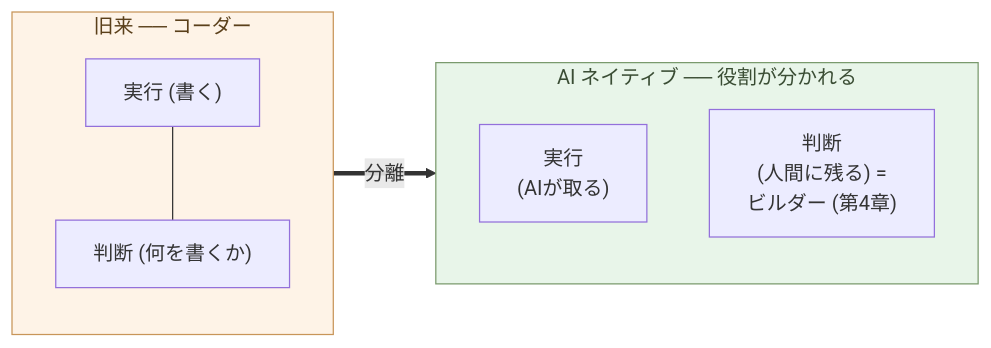
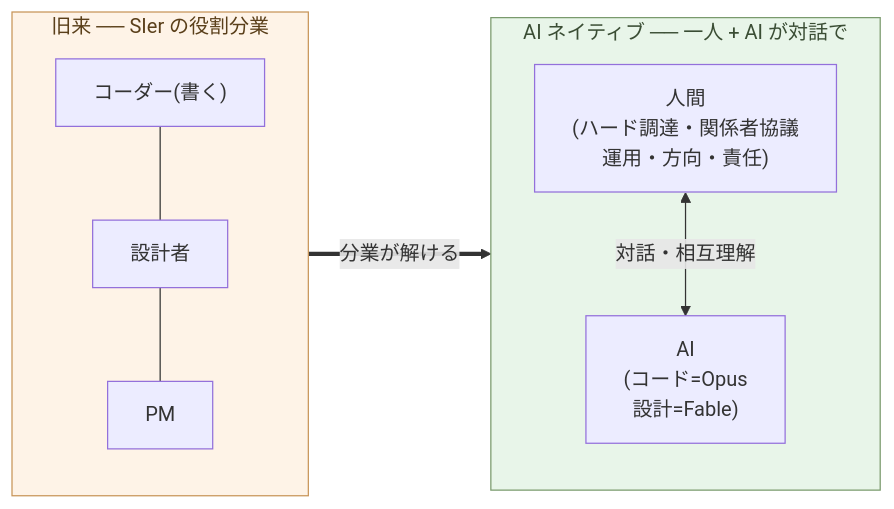
One commit to aiseed-dev/website changed the diagram in articles/ai-native-ways/software/03-coder-end/ja.md. Above: the diagram before and after it, drawn with Mermaid. The commit also changed other lines of this file and 1 other file, not shown here.

````diff
--- a/articles/ai-native-ways/software/03-coder-end/ja.md
+++ b/articles/ai-native-ways/software/03-coder-end/ja.md
@@ -134,22 +127,24 @@
 ```mermaid
 flowchart LR
-  subgraph Old["旧来 ── コーダー"]
+  subgraph Old["旧来 ── SIer の役割分業"]
     direction TB
-    OE["実行 (書く)"]
-    OJ["判断 (何を書くか)"]
-    OE --- OJ
+    OC["コーダー(書く)"]
+    OD["設計者"]
+    OP["PM"]
+    OC --- OD --- OP
   end
 
-  subgraph New["AI ネイティブ ── 役割が分かれる"]
+  subgraph New["AI ネイティブ ── 一人 + AI が対話で"]
     direction TB
-    NE["実行<br/>(AIが取る)"]
-    NJ["判断<br/>(人間に残る) =<br/>ビルダー (第4章)"]
+    H["人間<br/>(ハード調達・関係者協議<br/>運用・方向・責任)"]
+    A["AI<br/>(コード=Opus<br/>設計=Fable)"]
+    H <-->|対話・相互理解| A
   end
 
-  Old ==>|分離| New
+  Old ==>|分業が解ける| New
 
   classDef good fill:#e8f5e9,stroke:#7a9a6d,color:#3a4d34
   classDef bad fill:#fef3e7,stroke:#c89559,color:#5a3f1a
   class New good
   class Old bad
 ```
````
